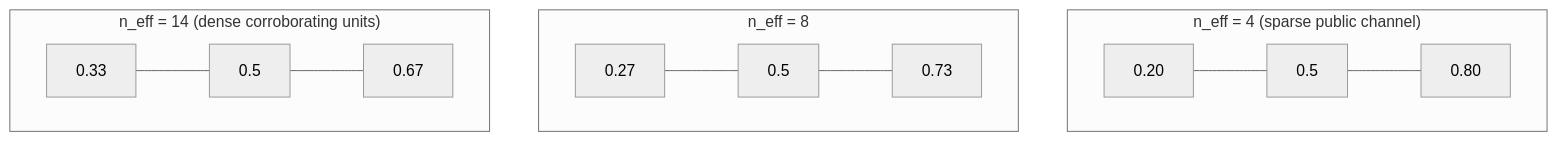
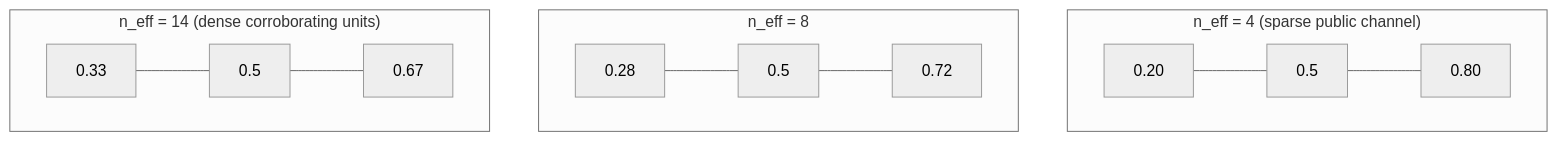
Before and after one commit to blisspixel/recon: the third of 3 diagrams in docs/correlation.md, drawn with Mermaid (neutral theme). The commit also changed other lines of this file and 73 other files, not shown here.

````diff
--- a/docs/correlation.md
+++ b/docs/correlation.md
@@ -456,12 +466,12 @@
 ```mermaid
 flowchart TB
   subgraph sparse["n_eff = 4 (sparse public channel)"]
     sl["0.20"] --- sm["0.5"] --- sh["0.80"]
   end
   subgraph mid["n_eff = 8"]
-    ml["0.27"] --- mm["0.5"] --- mh["0.73"]
+    ml["0.28"] --- mm["0.5"] --- mh["0.72"]
   end
   subgraph dense["n_eff = 14 (dense corroborating units)"]
     dl["0.33"] --- dm["0.5"] --- dh["0.67"]
   end
 ```
````
